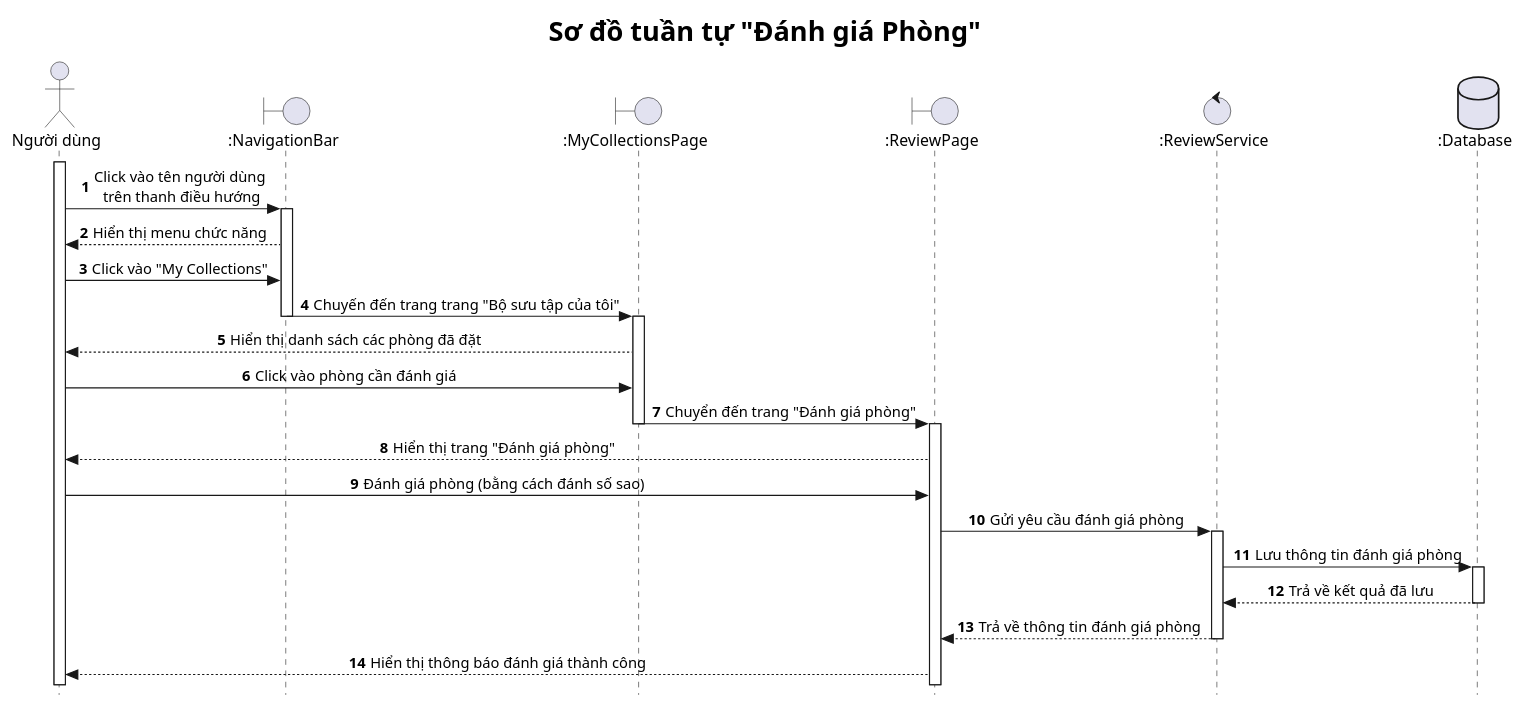
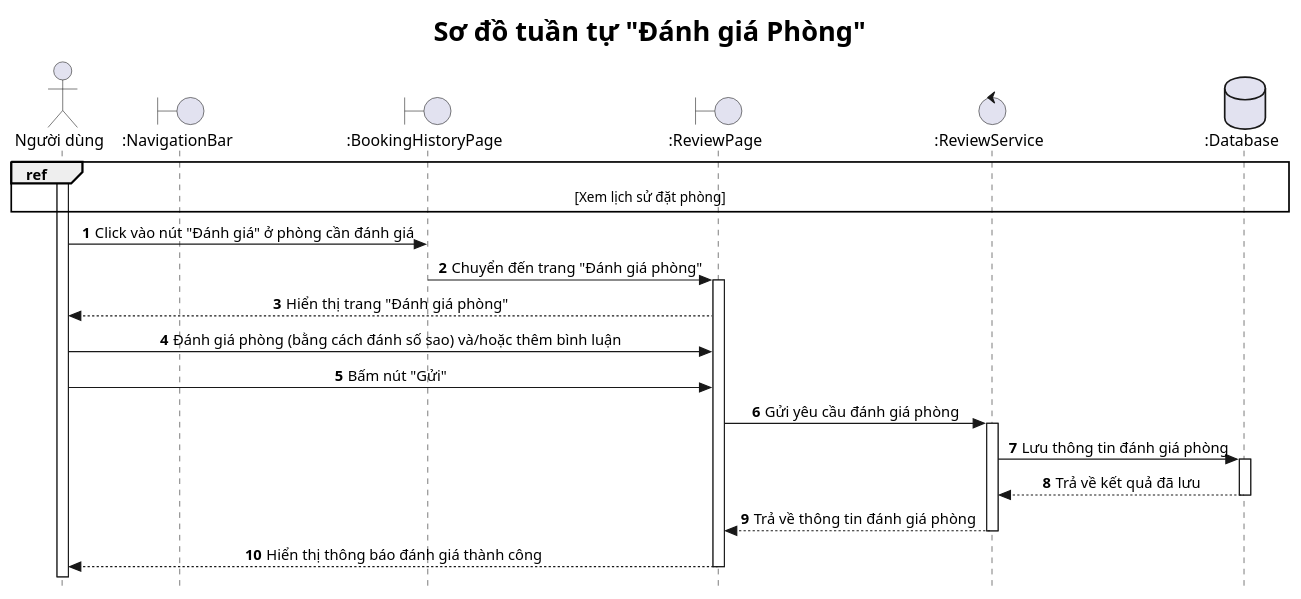
Before and after one commit to Hotelligence/hotelligence-diagrams: the diagram in src/sequence/userServices/reviewService/s-review.plantuml, drawn with PlantUML. The commit also changed 37 other files, not shown here.

Commit message:
adjust some use cases and their flows

```diff
--- a/src/sequence/userServices/reviewService/s-review.plantuml
+++ b/src/sequence/userServices/reviewService/s-review.plantuml
@@ -1,42 +1,41 @@
 @startuml
 
 title <size: 24> Sơ đồ tuần tự "Đánh giá Phòng" </size>
 
 skinparam style strictuml
 skinparam SequenceMessageAlignment center
 
 autonumber
 
 actor "Người dùng" as U
 boundary ":NavigationBar" as NB  
-boundary ":MyCollectionsPage" as MCP
+boundary ":BookingHistoryPage" as BHP
 boundary ":ReviewPage" as RP
 control ":ReviewService" as RS
 database ":Database" as DB  
 
 activate U
-U -> NB: Click vào tên người dùng\n trên thanh điều hướng
-activate NB
-NB --> U: Hiển thị menu chức năng
-U -> NB: Click vào "My Collections"
-NB -> MCP: Chuyến đến trang trang "Bộ sưu tập của tôi"
-deactivate NB
-activate MCP
-MCP --> U: Hiển thị danh sách các phòng đã đặt
-U -> MCP: Click vào phòng cần đánh giá
-MCP -> RP: Chuyển đến trang "Đánh giá phòng"
-deactivate MCP
+
+ref over U, DB
+    [Xem lịch sử đặt phòng]
+end ref
+
+U -> BHP: Click vào nút "Đánh giá" ở phòng cần đánh giá
+BHP -> RP: Chuyển đến trang "Đánh giá phòng"
+deactivate BHP
 activate RP
 RP --> U: Hiển thị trang "Đánh giá phòng"
-U -> RP: Đánh giá phòng (bằng cách đánh số sao)
+U -> RP: Đánh giá phòng (bằng cách đánh số sao) và/hoặc thêm bình luận
+U -> RP: Bấm nút "Gửi"
 RP -> RS: Gửi yêu cầu đánh giá phòng
 activate RS
 RS -> DB: Lưu thông tin đánh giá phòng
 activate DB
 DB --> RS: Trả về kết quả đã lưu
 deactivate DB
 RS --> RP: Trả về thông tin đánh giá phòng
 deactivate RS
 RP --> U: Hiển thị thông báo đánh giá thành công
+deactivate RP
 
 @enduml
```
